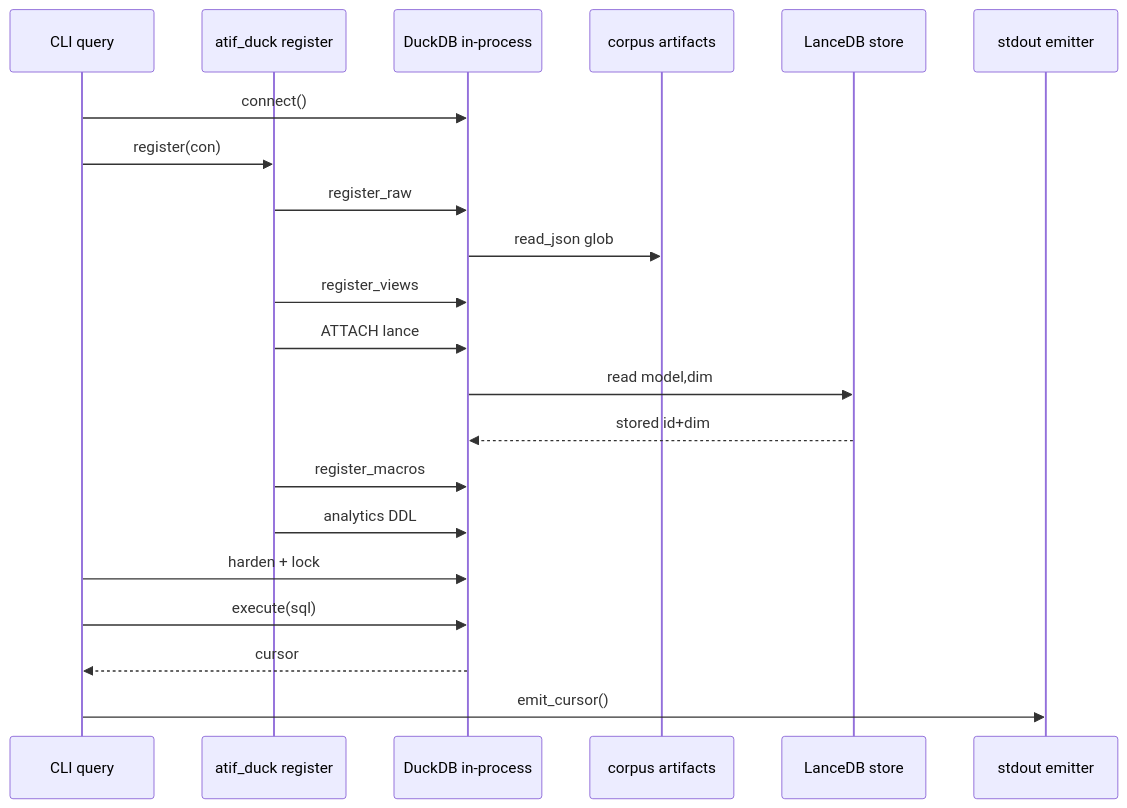
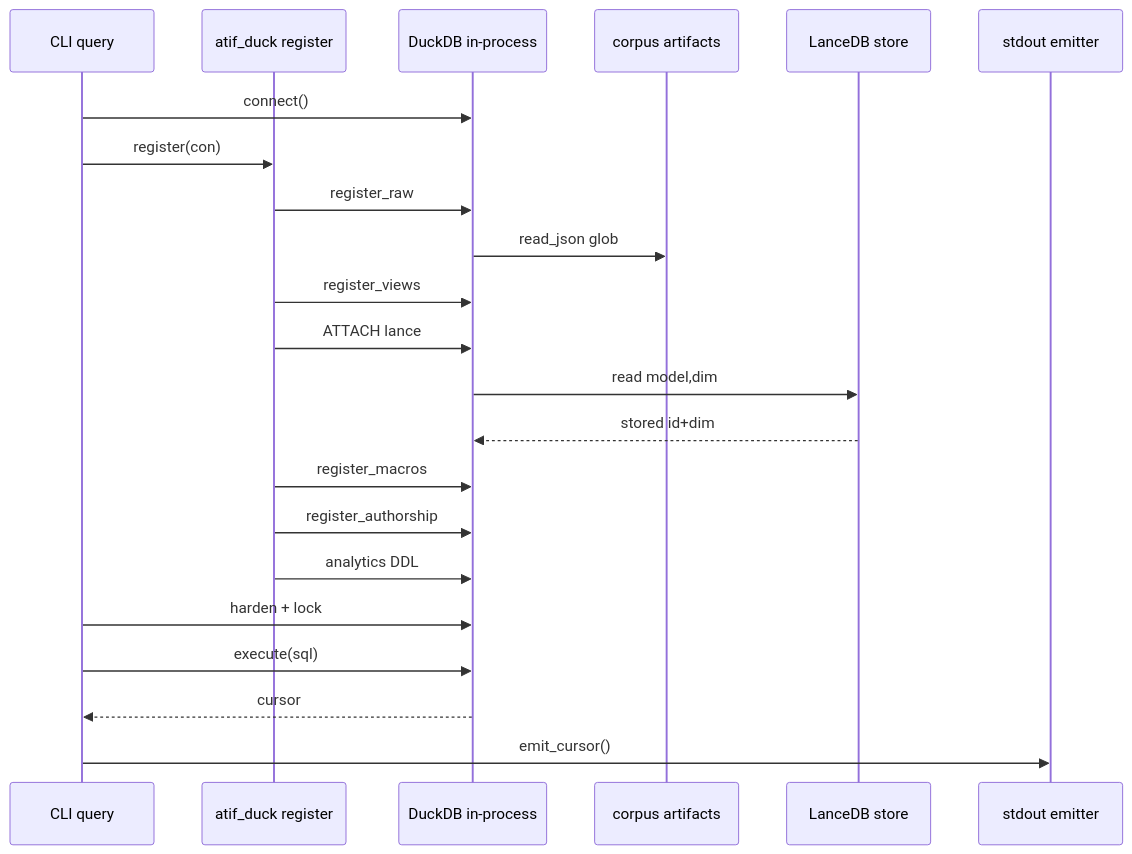
One commit to laithalsaadoon/atif-sql changed the second of 3 diagrams in docs/diagrams/behavioral/sequences.md. Above: the diagram before and after it, drawn with Mermaid. The commit also changed other lines of this file and 32 other files, not shown here.

````diff
--- a/docs/diagrams/behavioral/sequences.md
+++ b/docs/diagrams/behavioral/sequences.md
@@ -51,23 +53,24 @@
 ```mermaid
 sequenceDiagram
     participant CLI as CLI query
     participant REG as atif_duck register
     participant DB as DuckDB in-process
     participant FS as corpus artifacts
     participant LN as LanceDB store
     participant OUT as stdout emitter
     CLI->>DB: connect()
     CLI->>REG: register(con)
     REG->>DB: register_raw
     DB->>FS: read_json glob
     REG->>DB: register_views
     REG->>DB: ATTACH lance
     DB->>LN: read model,dim
     LN-->>DB: stored id+dim
     REG->>DB: register_macros
+    REG->>DB: register_authorship
     REG->>DB: analytics DDL
     CLI->>DB: harden + lock
     CLI->>DB: execute(sql)
     DB-->>CLI: cursor
     CLI->>OUT: emit_cursor()
 ```
````
